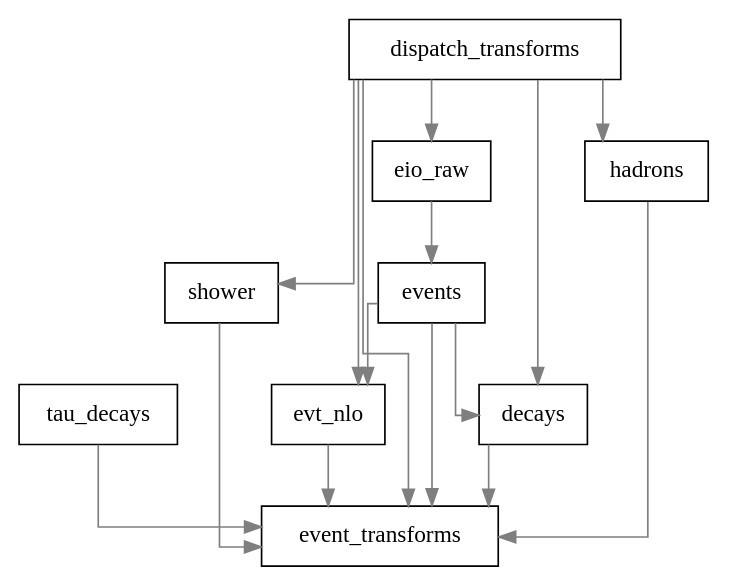
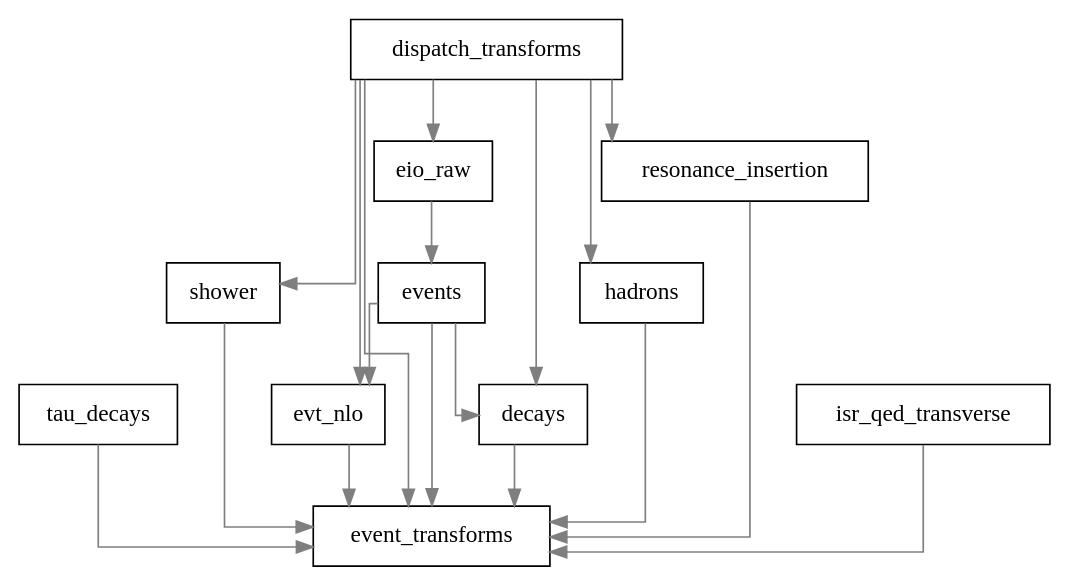
The diagram in share/doc/transforms.dot (bendavid/whizard), drawn with Graphviz before and after one commit. The commit also changed 1112 other files, not shown here.

```diff
--- a/share/doc/transforms.dot
+++ b/share/doc/transforms.dot
@@ -1,22 +1,25 @@
 
 digraph G {
 concentrate=true
 splines=ortho
 node[shape=record,style=filled,fillcolor=white]
 edge[color=gray50]
 tau_decays -> event_transforms
 shower -> event_transforms
+dispatch_transforms -> shower
 dispatch_transforms -> evt_nlo
 events -> decays
-dispatch_transforms -> shower
+dispatch_transforms -> hadrons
+dispatch_transforms -> decays
 evt_nlo -> event_transforms
 events -> event_transforms
 hadrons -> event_transforms
-dispatch_transforms -> hadrons
+resonance_insertion -> event_transforms
 eio_raw -> events
 decays -> event_transforms
-dispatch_transforms -> decays
+isr_qed_transverse -> event_transforms
+dispatch_transforms -> resonance_insertion
 dispatch_transforms -> event_transforms
 events -> evt_nlo
 dispatch_transforms -> eio_raw
  }
```
